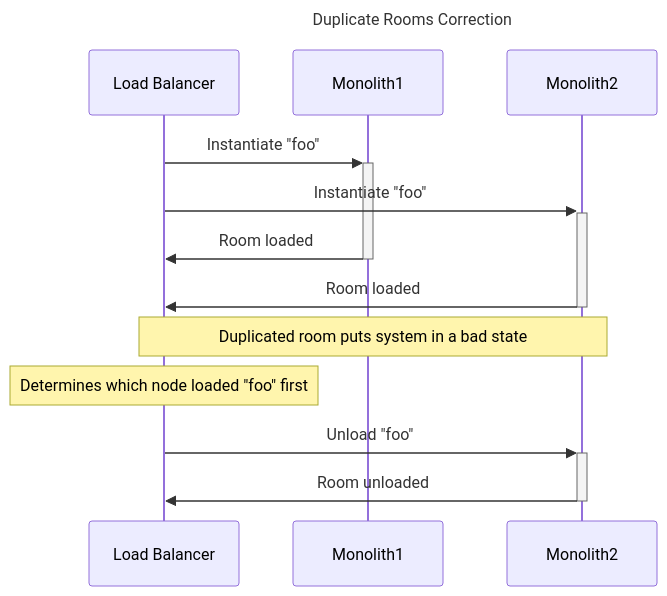
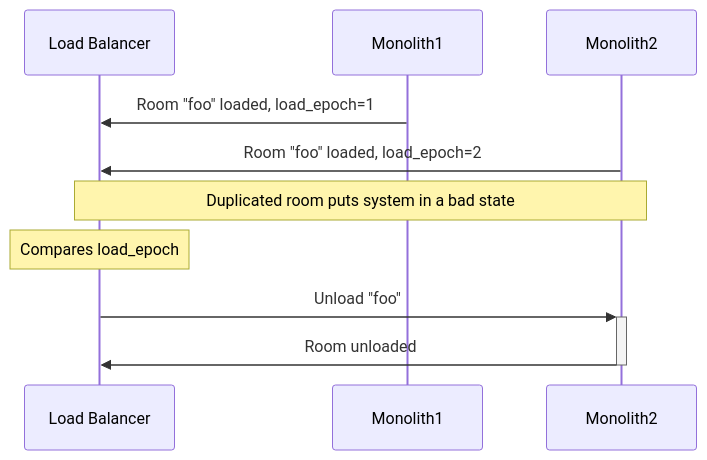
The diagram in figures/duplicate-rooms.mmd (dyc3/senior-design), drawn with Mermaid before and after one commit. The commit also changed 2 other files, not shown here.

Commit message:
rewrite duplicate room resolution (#62)
related to dyc3/opentogethertube#1101

```diff
--- a/figures/duplicate-rooms.mmd
+++ b/figures/duplicate-rooms.mmd
@@ -1,15 +1,10 @@
----
-title: Duplicate Rooms Correction
----
 sequenceDiagram
     participant L as Load Balancer
     participant N as Monolith1
     participant M as Monolith2
-    L->>+N: Instantiate "foo"
-    L->>+M: Instantiate "foo"
-    N->>-L: Room loaded
-    M->>-L: Room loaded
+    N->>L: Room "foo" loaded, load_epoch=1
+    M->>L: Room "foo" loaded, load_epoch=2
     Note over L,M: Duplicated room puts system in a bad state
-    Note over L: Determines which node loaded "foo" first
+    Note over L: Compares load_epoch
     L->>+M: Unload "foo"
     M->>-L: Room unloaded
```
